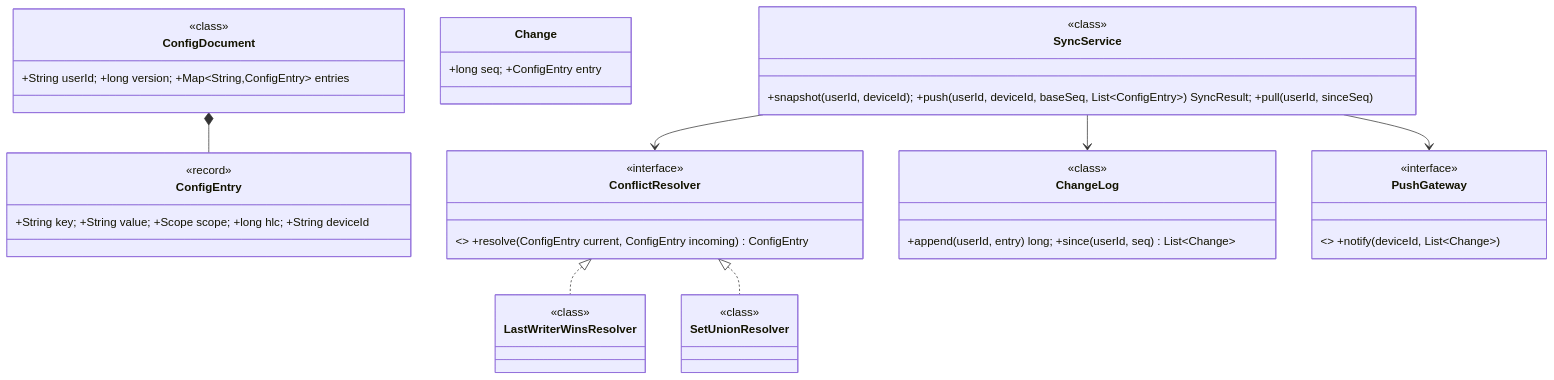
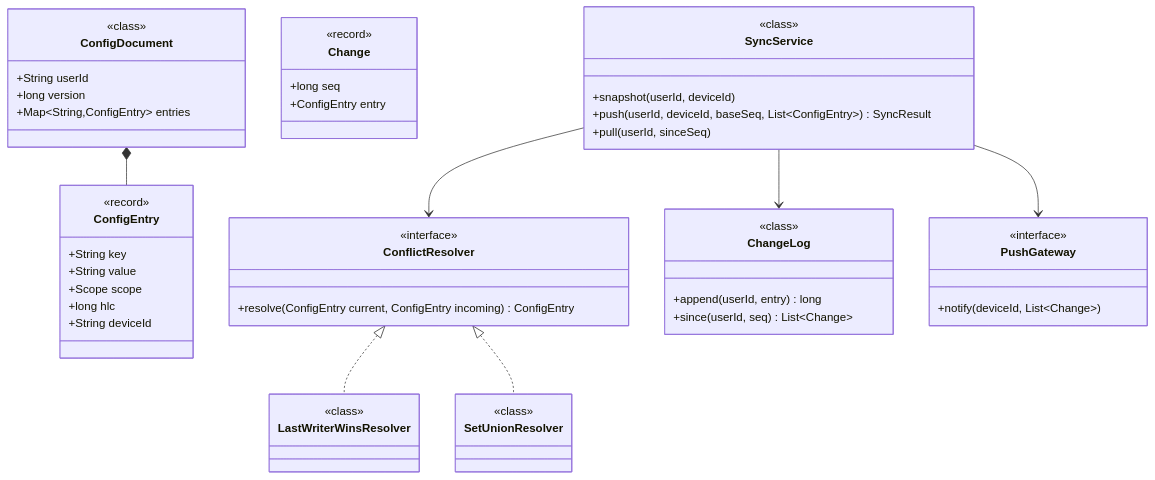
Before and after one commit to amarkum/amarkumar.guru: the first of 2 diagrams in system-design/lld/07-config-sync.md, drawn with Mermaid. The commit also changed other lines of this file and 27 other files, not shown here.

````diff
--- a/system-design/lld/07-config-sync.md
+++ b/system-design/lld/07-config-sync.md
@@ -40,40 +40,67 @@
 ```mermaid
 classDiagram
-    class ConfigEntry { +String key; +String value; +Scope scope; +long hlc; +String deviceId }
-    class ConfigDocument { +String userId; +long version; +Map~String,ConfigEntry~ entries }
-    class Change { +long seq; +ConfigEntry entry }
-    class ConflictResolver { <<interface>> +resolve(ConfigEntry current, ConfigEntry incoming) ConfigEntry }
+    class ConfigEntry {
+      +String key
+      +String value
+      +Scope scope
+      +long hlc
+      +String deviceId
+    }
+    class ConfigDocument {
+      +String userId
+      +long version
+      +Map~String,ConfigEntry~ entries
+    }
+    class Change {
+      <<record>>
+      +long seq
+      +ConfigEntry entry
+    }
+    class ConflictResolver {
+      <<interface>>
+      +resolve(ConfigEntry current, ConfigEntry incoming) ConfigEntry
+    }
     class LastWriterWinsResolver {
       <<class>>
     }
     class SetUnionResolver {
       <<class>>
     }
-    class ChangeLog { +append(userId, entry) long; +since(userId, seq) List~Change~ }
-    class PushGateway { <<interface>> +notify(deviceId, List~Change~) }
-    class SyncService { +snapshot(userId, deviceId); +push(userId, deviceId, baseSeq, List~ConfigEntry~) SyncResult; +pull(userId, sinceSeq) }
+    class ChangeLog {
+      +append(userId, entry) long
+      +since(userId, seq) List~Change~
+    }
+    class PushGateway {
+      <<interface>>
+      +notify(deviceId, List~Change~)
+    }
+    class SyncService {
+      +snapshot(userId, deviceId)
+      +push(userId, deviceId, baseSeq, List~ConfigEntry~) SyncResult
+      +pull(userId, sinceSeq)
+    }
     ConflictResolver <|.. LastWriterWinsResolver
     ConflictResolver <|.. SetUnionResolver
     SyncService --> ChangeLog
     SyncService --> ConflictResolver
     SyncService --> PushGateway
     ConfigDocument *-- ConfigEntry
     class SyncService {
       <<class>>
     }
     class ChangeLog {
       <<class>>
     }
     class PushGateway {
       <<interface>>
     }
     class ConflictResolver {
       <<interface>>
     }
     class ConfigDocument {
       <<class>>
     }
     class ConfigEntry {
       <<record>>
     }
 ```
````
